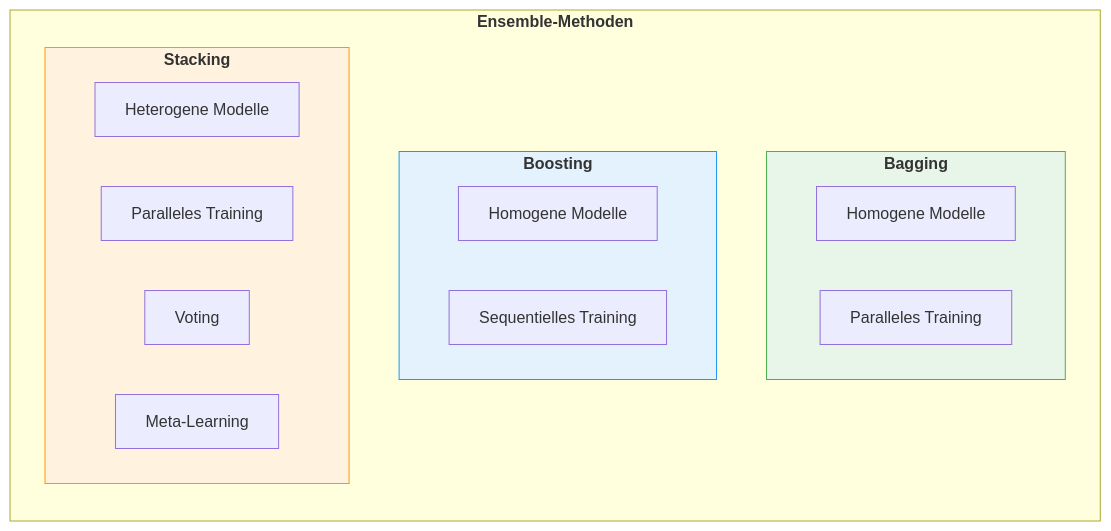
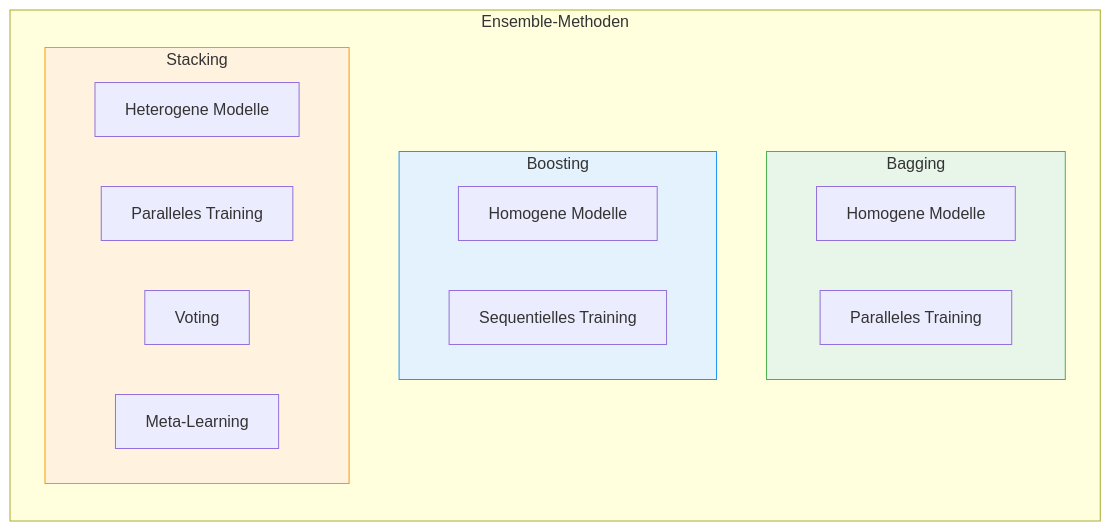
The first of 5 diagrams in docs/concepts/modeling/ensemble.md (ralf-42/ML_Intro), drawn with Mermaid before and after one commit. The commit also changed 1 other file, not shown here.

````diff
--- a/docs/concepts/modeling/ensemble.md
+++ b/docs/concepts/modeling/ensemble.md
@@ -31,27 +31,27 @@
 ```mermaid
 flowchart TD
-    subgraph Ensemble["<b>Ensemble-Methoden</b>"]
+    subgraph Ensemble["Ensemble-Methoden"]
         direction TB
         
-        subgraph Bagging["<b>Bagging</b>"]
+        subgraph Bagging["Bagging"]
             B1["Homogene Modelle"]
             B2["Paralleles Training"]
         end
         
-        subgraph Boosting["<b>Boosting</b>"]
+        subgraph Boosting["Boosting"]
             BO1["Homogene Modelle"]
             BO2["Sequentielles Training"]
         end
         
-        subgraph Stacking["<b>Stacking</b>"]
+        subgraph Stacking["Stacking"]
             S1["Heterogene Modelle"]
             S2["Paralleles Training"]
             S3["Voting"]
             S4["Meta-Learning"]
         end
     end
     
     style Bagging fill:#e8f5e9,stroke:#4caf50
     style Boosting fill:#e3f2fd,stroke:#2196f3
     style Stacking fill:#fff3e0,stroke:#ff9800
 ```
````
